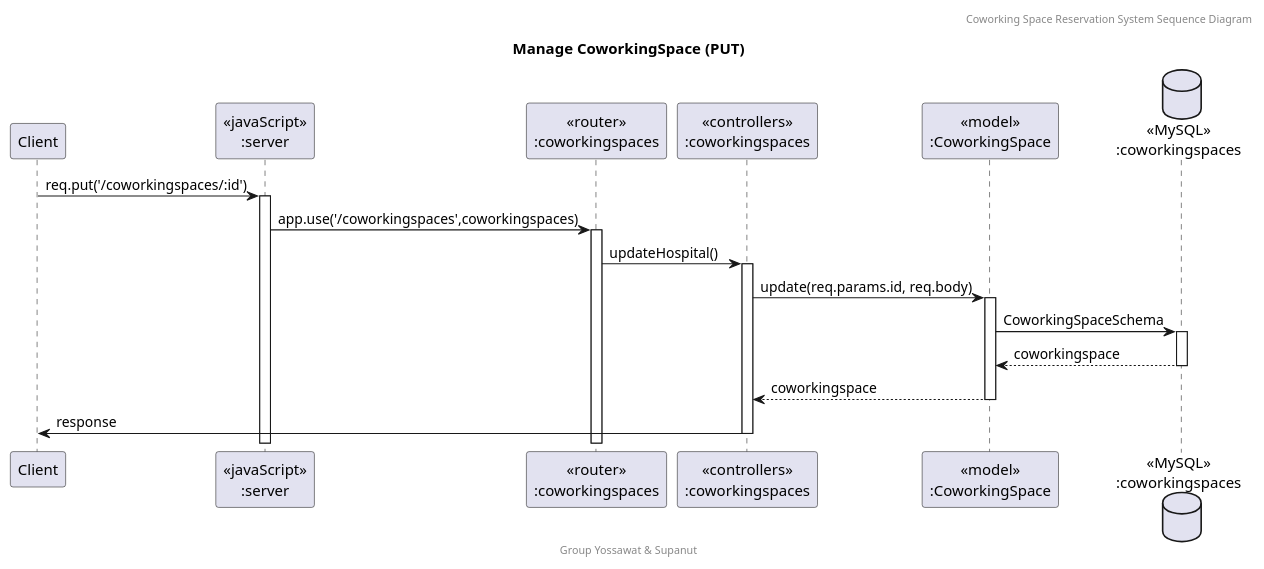
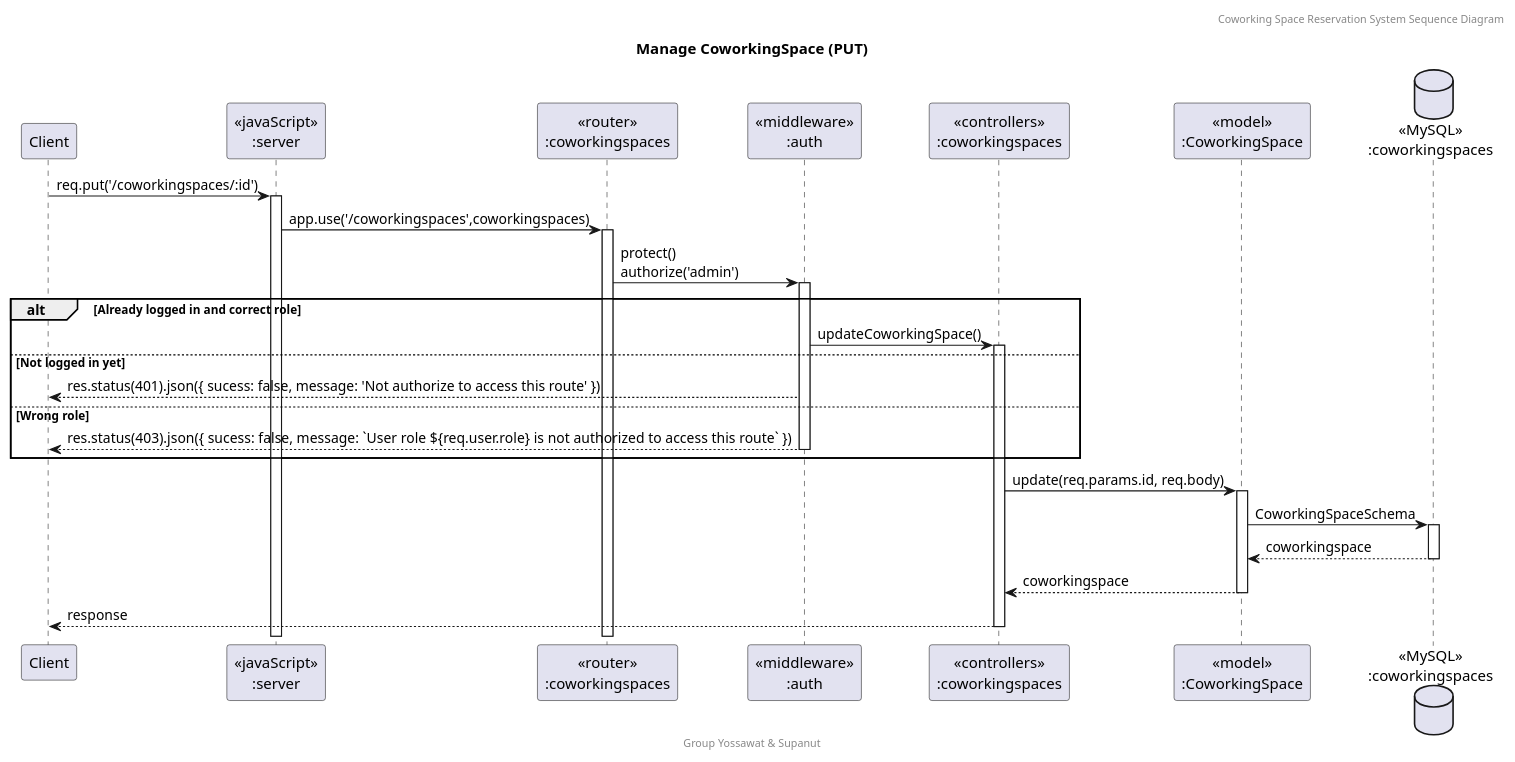
One commit to SupanutT/sw-dev-prac-project changed the diagram in doc/Sequence Diagram/puml/Co_Put.puml. Above: the diagram before and after it, drawn with PlantUML. The commit also changed 2 other files, not shown here.

Commit message:
feat: sequence diagram (coworkingspace)

```diff
--- a/doc/Sequence Diagram/puml/Co_Put.puml
+++ b/doc/Sequence Diagram/puml/Co_Put.puml
@@ -1,23 +1,31 @@
 @startuml Manage CoworkingSpace (PUT)
 
 header Coworking Space Reservation System Sequence Diagram
 footer Group Yossawat & Supanut
 title "Manage CoworkingSpace (PUT)"
 
 participant "Client" as client
 participant "<<javaScript>>\n:server" as server
 participant "<<router>>\n:coworkingspaces" as routerCoworkingSpaces
+participant "<<middleware>>\n:auth" as middleware
 participant "<<controllers>>\n:coworkingspaces" as controllersCoworkingSpaces
 participant "<<model>>\n:CoworkingSpace" as modelCoworkingSpace
 database "<<MySQL>>\n:coworkingspaces" as CoworkingSpacesDatabase
 
 client->server ++:req.put('/coworkingspaces/:id')
 server->routerCoworkingSpaces ++:app.use('/coworkingspaces',coworkingspaces)
-routerCoworkingSpaces -> controllersCoworkingSpaces ++:updateHospital()
+routerCoworkingSpaces -> middleware ++:protect()\nauthorize('admin')
+alt Already logged in and correct role
+    middleware -> controllersCoworkingSpaces ++: updateCoworkingSpace()
+else Not logged in yet
+    middleware --> client : res.status(401).json({ sucess: false, message: 'Not authorize to access this route' })
+else Wrong role
+    middleware --> client --: res.status(403).json({ sucess: false, message: `User role ${req.user.role} is not authorized to access this route` })
+end
 controllersCoworkingSpaces-> modelCoworkingSpace ++:update(req.params.id, req.body)
 modelCoworkingSpace -> CoworkingSpacesDatabase ++: CoworkingSpaceSchema
 CoworkingSpacesDatabase --> modelCoworkingSpace --: coworkingspace
 controllersCoworkingSpaces <-- modelCoworkingSpace --:coworkingspace
-controllersCoworkingSpaces->client --:response
+controllersCoworkingSpaces-->client --:response
 
 @enduml
```
